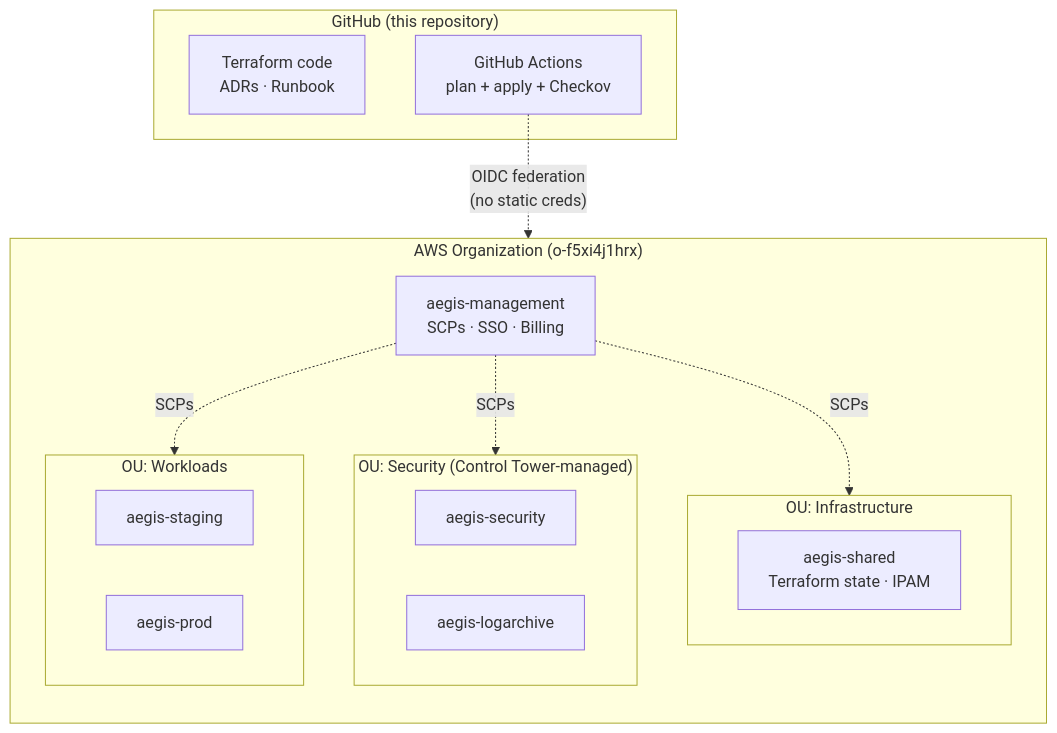
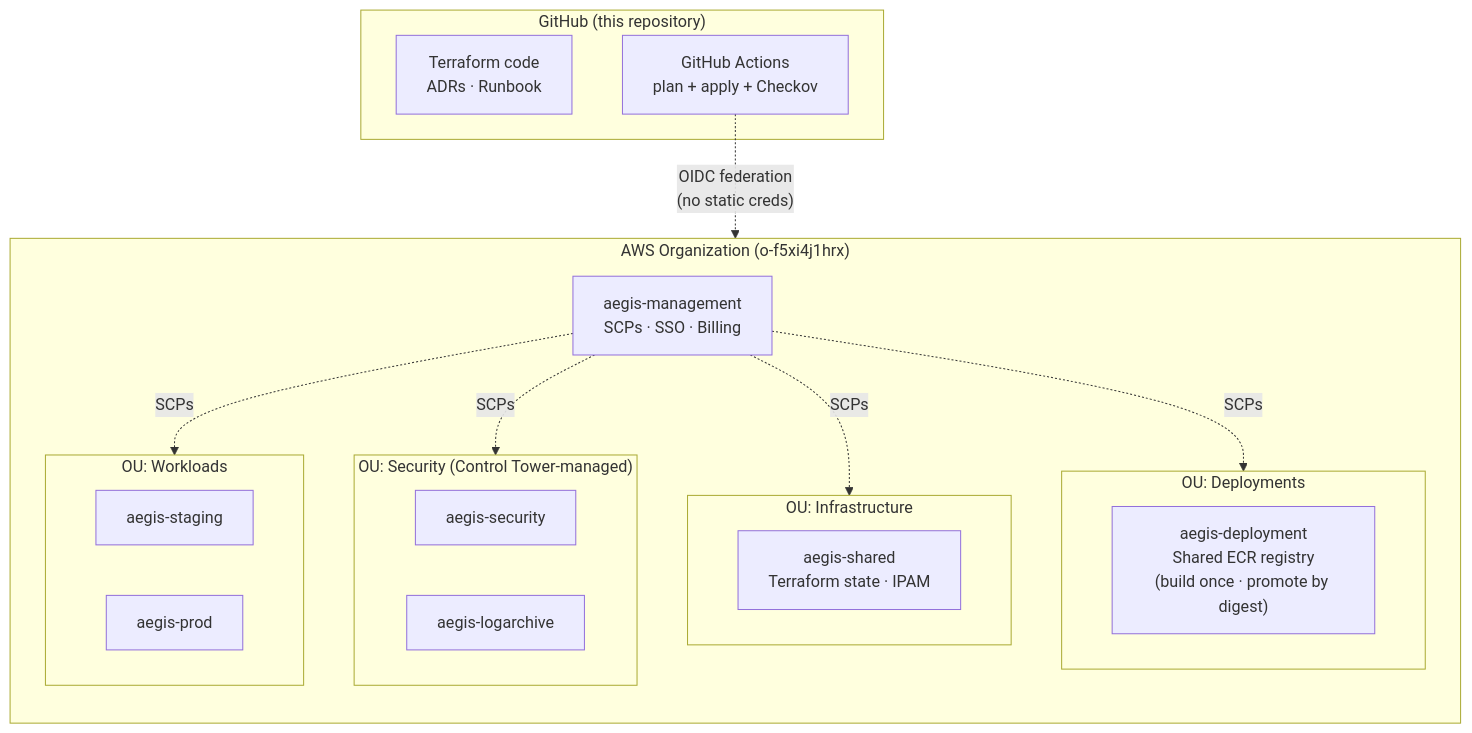
Before and after one commit to BinHsu/aegis-aws-landing-zone: the diagram in README.md, drawn with Mermaid. The commit also changed other lines of this file and 19 other files, not shown here.

First line of the commit message:
feat(fabric): Deployments OU + aegis-deployment account for the shared release registry (ADR-018, proposal) (#248)

````diff
--- a/README.md
+++ b/README.md
@@ -61,31 +61,36 @@
 ```mermaid
 flowchart TB
   subgraph GH["GitHub (this repository)"]
     Code["Terraform code<br/>ADRs · Runbook"]
     CI["GitHub Actions<br/>plan + apply + Checkov"]
   end
 
   subgraph Org["AWS Organization (o-f5xi4j1hrx)"]
     direction TB
     Mgmt["aegis-management<br/>SCPs · SSO · Billing"]
 
     subgraph Sec["OU: Security (Control Tower-managed)"]
       Audit["aegis-security"]
       Log["aegis-logarchive"]
     end
 
     subgraph Inf["OU: Infrastructure"]
       Shared["aegis-shared<br/>Terraform state · IPAM"]
     end
 
+    subgraph Dep["OU: Deployments"]
+      Deploy["aegis-deployment<br/>Shared ECR registry<br/>(build once · promote by digest)"]
+    end
+
     subgraph Wrk["OU: Workloads"]
       Stg["aegis-staging"]
       Prd["aegis-prod"]
     end
   end
 
   CI -. OIDC federation<br/>(no static creds) .-> Org
   Mgmt -. SCPs .-> Sec
   Mgmt -. SCPs .-> Inf
+  Mgmt -. SCPs .-> Dep
   Mgmt -. SCPs .-> Wrk
 ```
````
